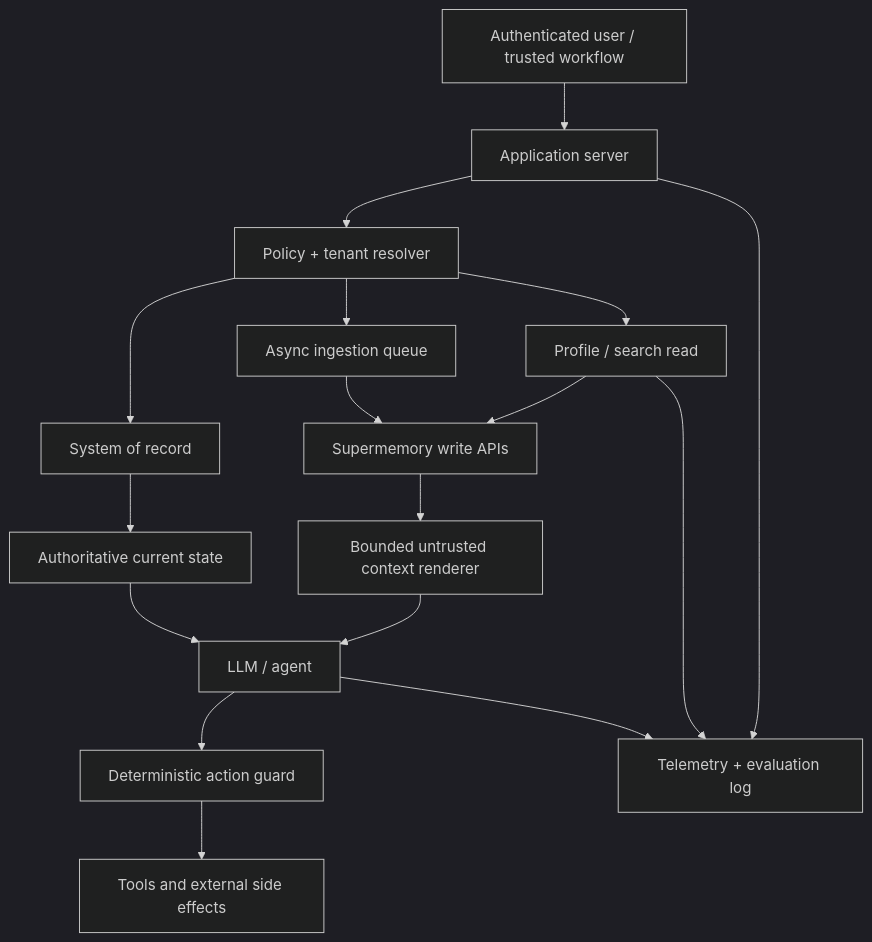
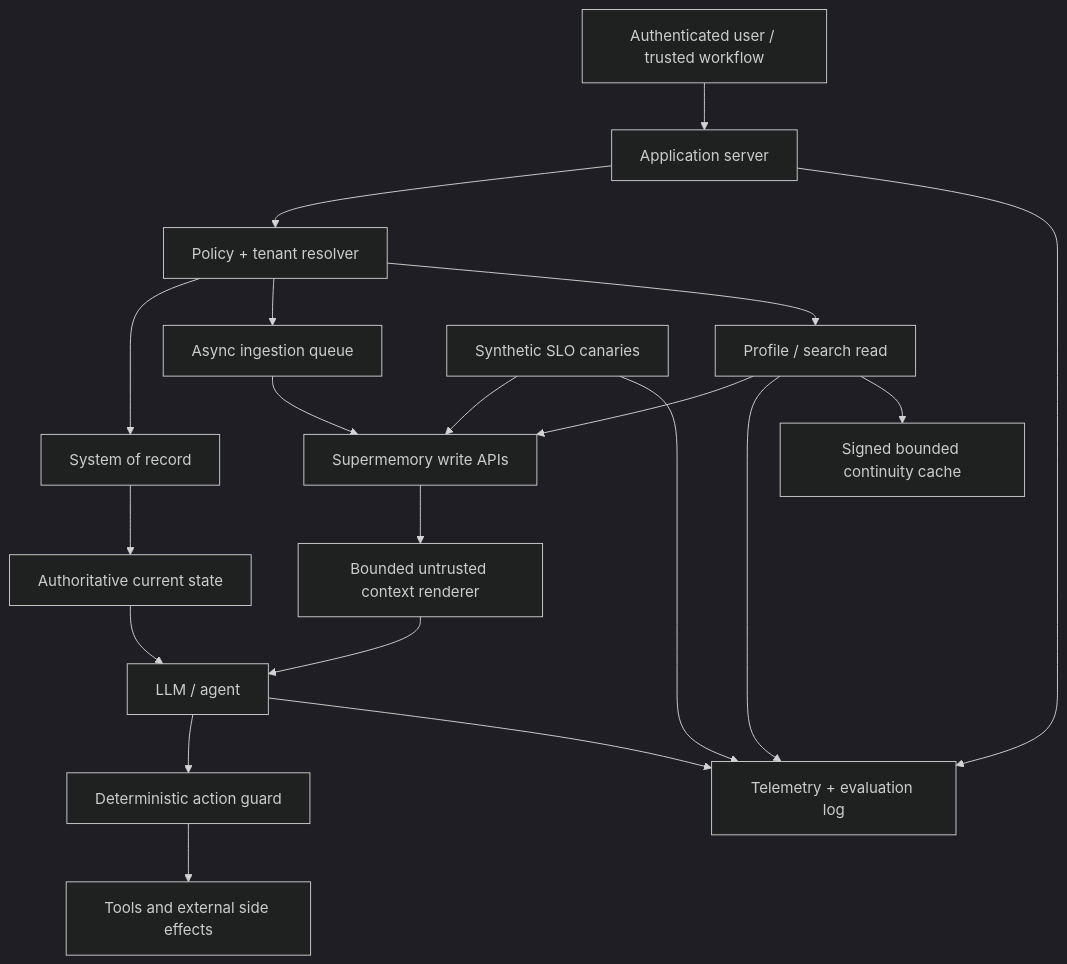
Before and after one commit to ravidsrk/supermemory-exploration: the diagram in docs/production-playbook.md, drawn with Mermaid (dark theme). The commit also changed other lines of this file and 11 other files, not shown here.

````diff
--- a/docs/production-playbook.md
+++ b/docs/production-playbook.md
@@ -5,19 +5,22 @@
 ```mermaid
 flowchart TD
   U["Authenticated user / trusted workflow"] --> A["Application server"]
   A --> P["Policy + tenant resolver"]
   P --> DB["System of record"]
   P --> Q["Async ingestion queue"]
   Q --> SM["Supermemory write APIs"]
   P --> R["Profile / search read"]
   R --> SM
   SM --> C["Bounded untrusted context renderer"]
   DB --> X["Authoritative current state"]
   C --> L["LLM / agent"]
   X --> L
   L --> G["Deterministic action guard"]
   G --> T["Tools and external side effects"]
   A --> O["Telemetry + evaluation log"]
   R --> O
   L --> O
+  R --> K["Signed bounded continuity cache"]
+  S["Synthetic SLO canaries"] --> SM
+  S --> O
 ```
````
